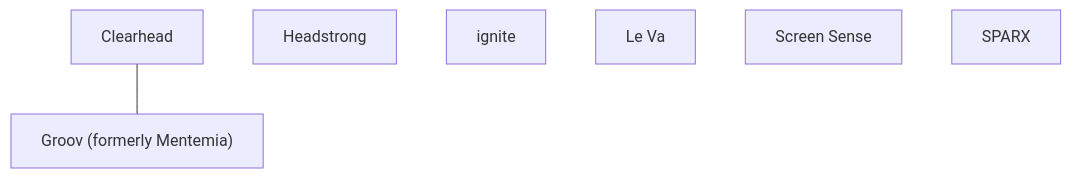
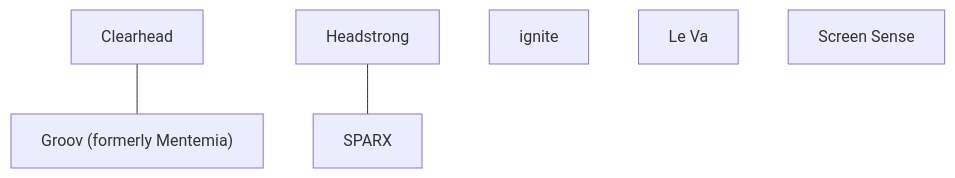
Before and after one commit to olitreadwell/nz-tech-for-good: diagram 17 of 24 in GUIDE.md, drawn with Mermaid. The commit also changed other lines of this file and 19 other files, not shown here.

````diff
--- a/GUIDE.md
+++ b/GUIDE.md
@@ -356,11 +360,12 @@
 ```mermaid
 flowchart TD
     n_Clearhead["Clearhead"]
     n_GroovformerlyMentemia["Groov (formerly Mentemia)"]
     n_Headstrong["Headstrong"]
     n_ignite["ignite"]
     n_LeVa["Le Va"]
     n_ScreenSense["Screen Sense"]
     n_SPARX["SPARX"]
     n_Clearhead --- n_GroovformerlyMentemia
+    n_Headstrong --- n_SPARX
 ```
````
